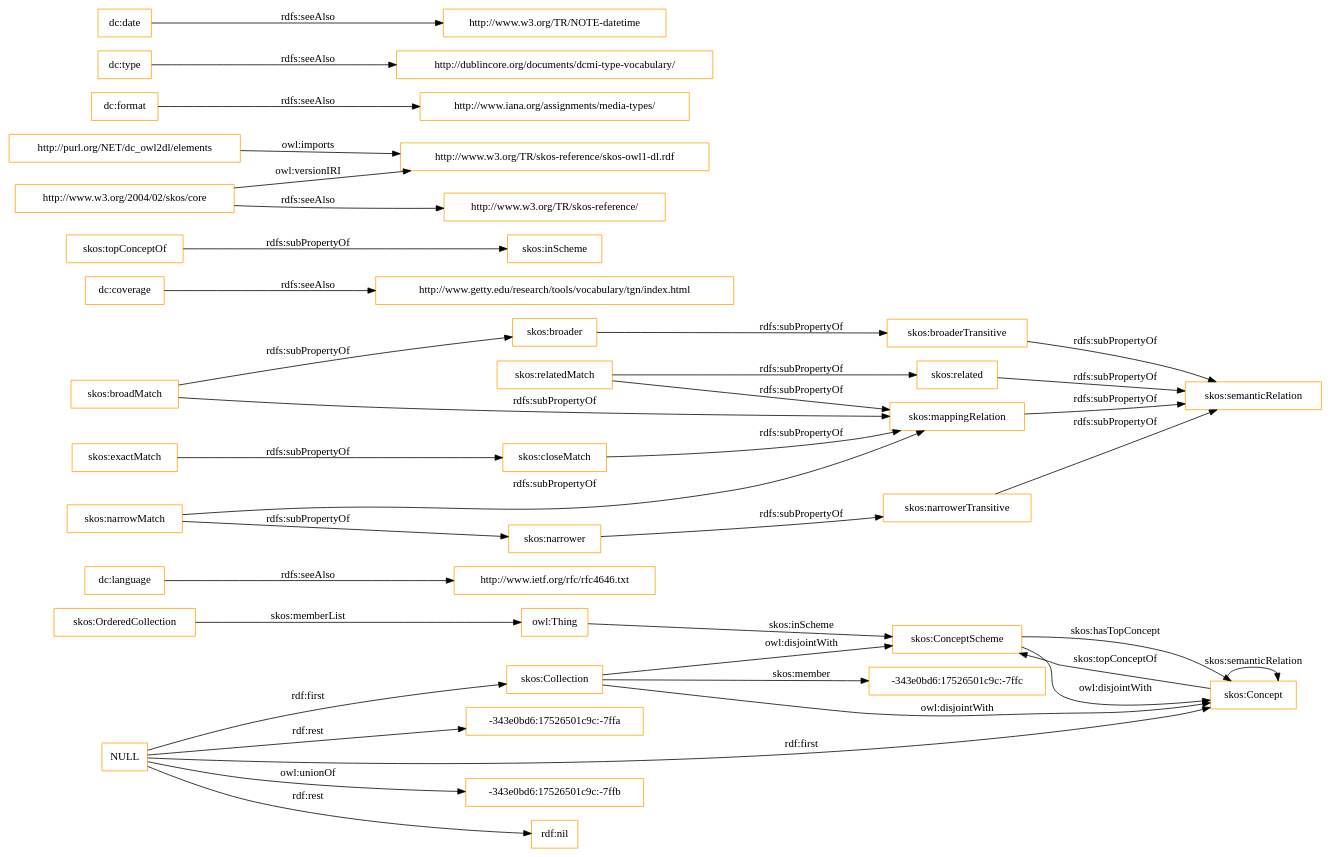
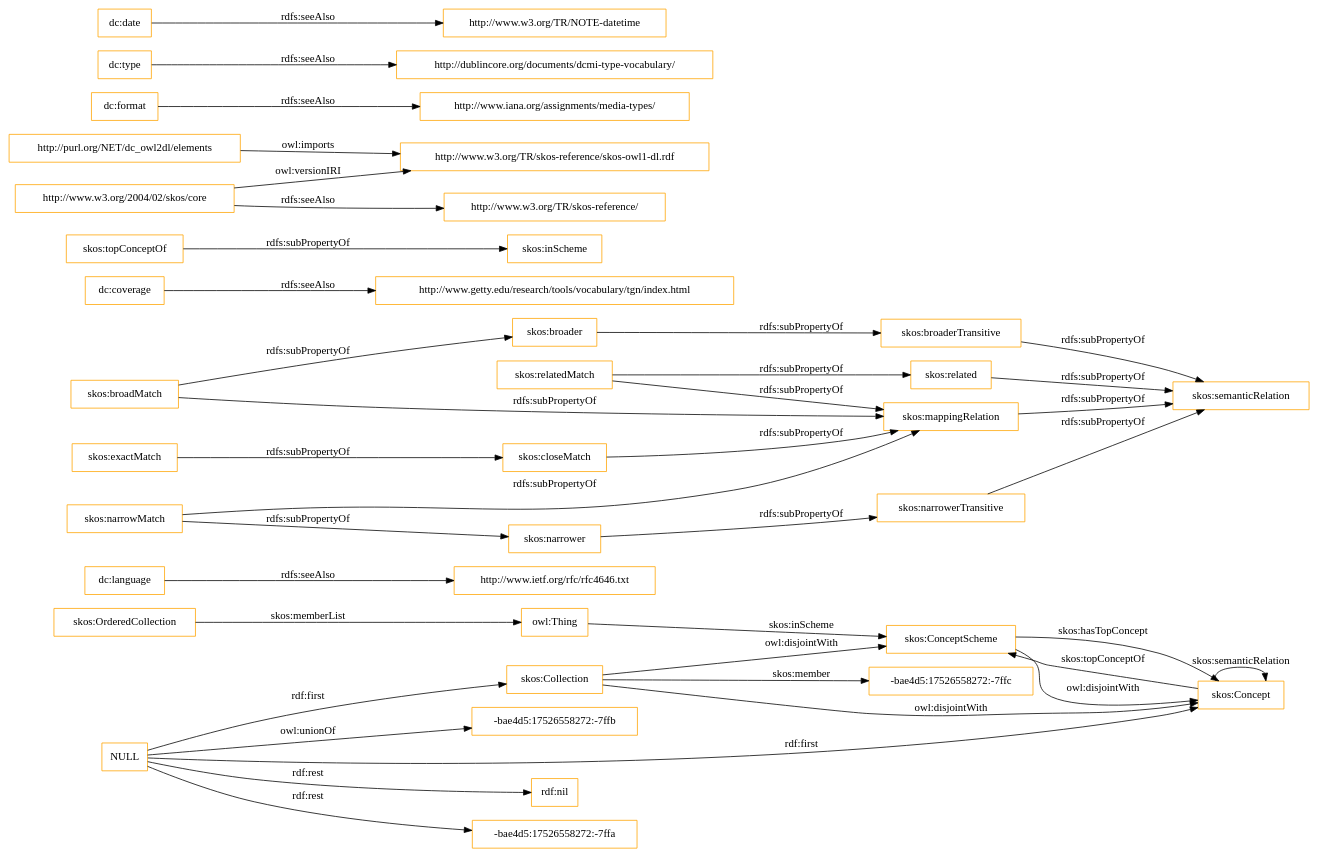
The diagram in OnToology/imports/elements.owl/diagrams/ar2dtool-class/elements.owl.png.dot (OnToologyUser/core-ontology-1), drawn with Graphviz before and after one commit. The commit also changed 14 other files, not shown here.

```diff
--- a/OnToology/imports/elements.owl/diagrams/ar2dtool-class/elements.owl.png.dot
+++ b/OnToology/imports/elements.owl/diagrams/ar2dtool-class/elements.owl.png.dot
@@ -1,43 +1,43 @@
 digraph ar2dtool_diagram { 
 rankdir=LR;
 size="1501"
-node [shape = rectangle, color="orange"]; "-343e0bd6:17526501c9c:-7ffc" "skos:OrderedCollection" "skos:Collection" "skos:ConceptScheme" "skos:Concept" ; /*classes style*/
+node [shape = rectangle, color="orange"]; "-bae4d5:17526558272:-7ffc" "skos:OrderedCollection" "skos:Collection" "skos:ConceptScheme" "skos:Concept" ; /*classes style*/
 	"dc:language" -> "http://www.ietf.org/rfc/rfc4646.txt" [ label = "rdfs:seeAlso" ];
-	"NULL" -> "-343e0bd6:17526501c9c:-7ffb" [ label = "owl:unionOf" ];
 	"NULL" -> "rdf:nil" [ label = "rdf:rest" ];
 	"NULL" -> "skos:Collection" [ label = "rdf:first" ];
-	"NULL" -> "-343e0bd6:17526501c9c:-7ffa" [ label = "rdf:rest" ];
+	"NULL" -> "-bae4d5:17526558272:-7ffa" [ label = "rdf:rest" ];
 	"NULL" -> "skos:Concept" [ label = "rdf:first" ];
+	"NULL" -> "-bae4d5:17526558272:-7ffb" [ label = "owl:unionOf" ];
 	"skos:closeMatch" -> "skos:mappingRelation" [ label = "rdfs:subPropertyOf" ];
 	"dc:coverage" -> "http://www.getty.edu/research/tools/vocabulary/tgn/index.html" [ label = "rdfs:seeAlso" ];
 	"skos:relatedMatch" -> "skos:related" [ label = "rdfs:subPropertyOf" ];
 	"skos:relatedMatch" -> "skos:mappingRelation" [ label = "rdfs:subPropertyOf" ];
 	"skos:ConceptScheme" -> "skos:Concept" [ label = "owl:disjointWith" ];
 	"skos:related" -> "skos:semanticRelation" [ label = "rdfs:subPropertyOf" ];
 	"skos:topConceptOf" -> "skos:inScheme" [ label = "rdfs:subPropertyOf" ];
 	"skos:broadMatch" -> "skos:broader" [ label = "rdfs:subPropertyOf" ];
 	"skos:broadMatch" -> "skos:mappingRelation" [ label = "rdfs:subPropertyOf" ];
 	"http://purl.org/NET/dc_owl2dl/elements" -> "http://www.w3.org/TR/skos-reference/skos-owl1-dl.rdf" [ label = "owl:imports" ];
 	"skos:exactMatch" -> "skos:closeMatch" [ label = "rdfs:subPropertyOf" ];
 	"dc:format" -> "http://www.iana.org/assignments/media-types/" [ label = "rdfs:seeAlso" ];
 	"skos:broaderTransitive" -> "skos:semanticRelation" [ label = "rdfs:subPropertyOf" ];
 	"dc:type" -> "http://dublincore.org/documents/dcmi-type-vocabulary/" [ label = "rdfs:seeAlso" ];
 	"skos:broader" -> "skos:broaderTransitive" [ label = "rdfs:subPropertyOf" ];
 	"skos:mappingRelation" -> "skos:semanticRelation" [ label = "rdfs:subPropertyOf" ];
 	"http://www.w3.org/2004/02/skos/core" -> "http://www.w3.org/TR/skos-reference/skos-owl1-dl.rdf" [ label = "owl:versionIRI" ];
 	"http://www.w3.org/2004/02/skos/core" -> "http://www.w3.org/TR/skos-reference/" [ label = "rdfs:seeAlso" ];
 	"skos:Collection" -> "skos:ConceptScheme" [ label = "owl:disjointWith" ];
 	"skos:Collection" -> "skos:Concept" [ label = "owl:disjointWith" ];
 	"skos:narrowMatch" -> "skos:narrower" [ label = "rdfs:subPropertyOf" ];
 	"skos:narrowMatch" -> "skos:mappingRelation" [ label = "rdfs:subPropertyOf" ];
 	"skos:narrower" -> "skos:narrowerTransitive" [ label = "rdfs:subPropertyOf" ];
 	"dc:date" -> "http://www.w3.org/TR/NOTE-datetime" [ label = "rdfs:seeAlso" ];
 	"skos:narrowerTransitive" -> "skos:semanticRelation" [ label = "rdfs:subPropertyOf" ];
 	"skos:OrderedCollection" -> "owl:Thing" [ label = "skos:memberList" ];
 	"skos:Concept" -> "skos:ConceptScheme" [ label = "skos:topConceptOf" ];
 	"skos:Concept" -> "skos:Concept" [ label = "skos:semanticRelation" ];
-	"skos:Collection" -> "-343e0bd6:17526501c9c:-7ffc" [ label = "skos:member" ];
+	"skos:Collection" -> "-bae4d5:17526558272:-7ffc" [ label = "skos:member" ];
 	"skos:ConceptScheme" -> "skos:Concept" [ label = "skos:hasTopConcept" ];
 	"owl:Thing" -> "skos:ConceptScheme" [ label = "skos:inScheme" ];
 
 }
```
